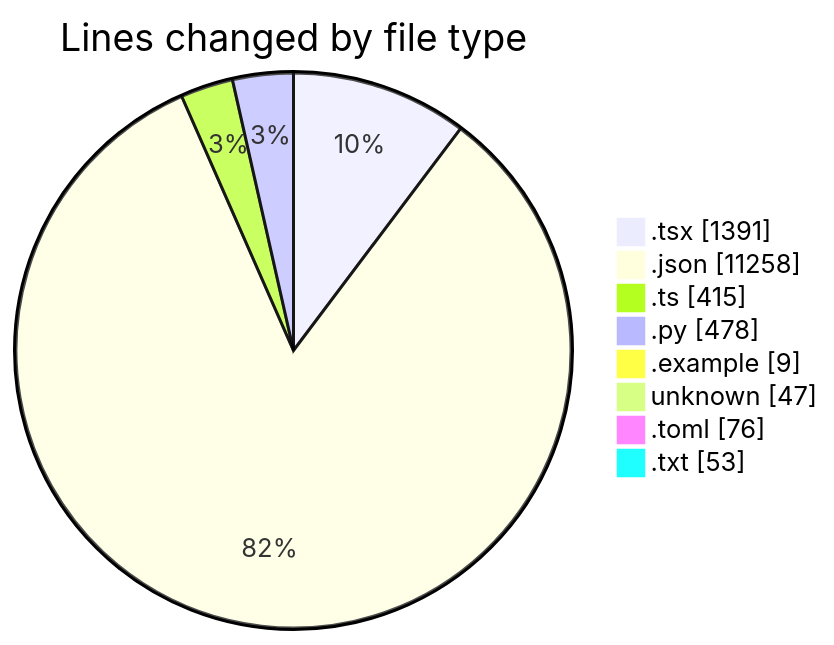
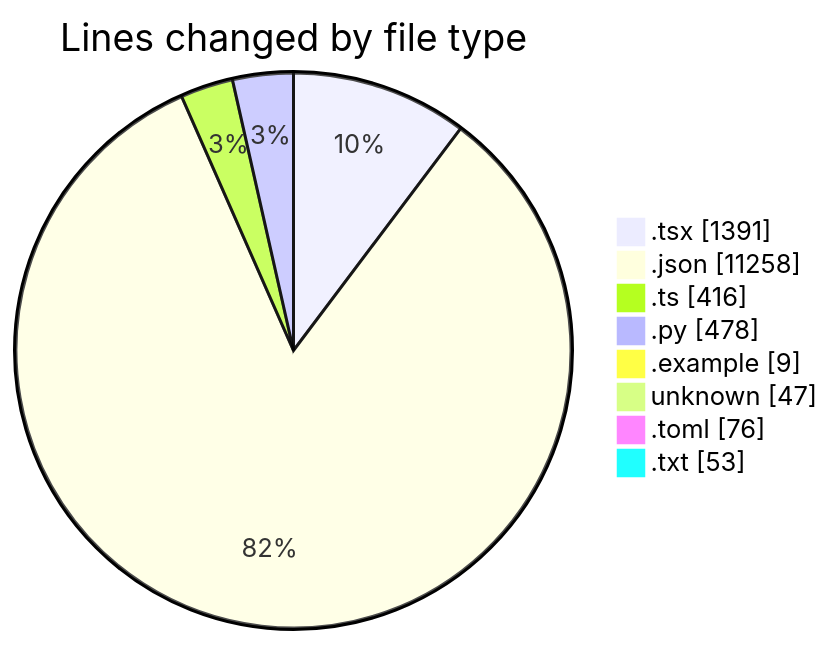
The first of 2 diagrams in 2025-04-30/niten/README.md (Elitesun/code-tracking), drawn with Mermaid before and after one commit. The commit also changed other lines of this file and 1 other file, not shown here.

````diff
--- a/2025-04-30/niten/README.md
+++ b/2025-04-30/niten/README.md
@@ -63,12 +63,12 @@
 ```mermaid
 pie showData
 title Lines changed by file type
 ".tsx" : 1391
 ".json" : 11258
-".ts" : 415
+".ts" : 416
 ".py" : 478
 ".example" : 9
 "unknown" : 47
 ".toml" : 76
 ".txt" : 53
 ```
````
